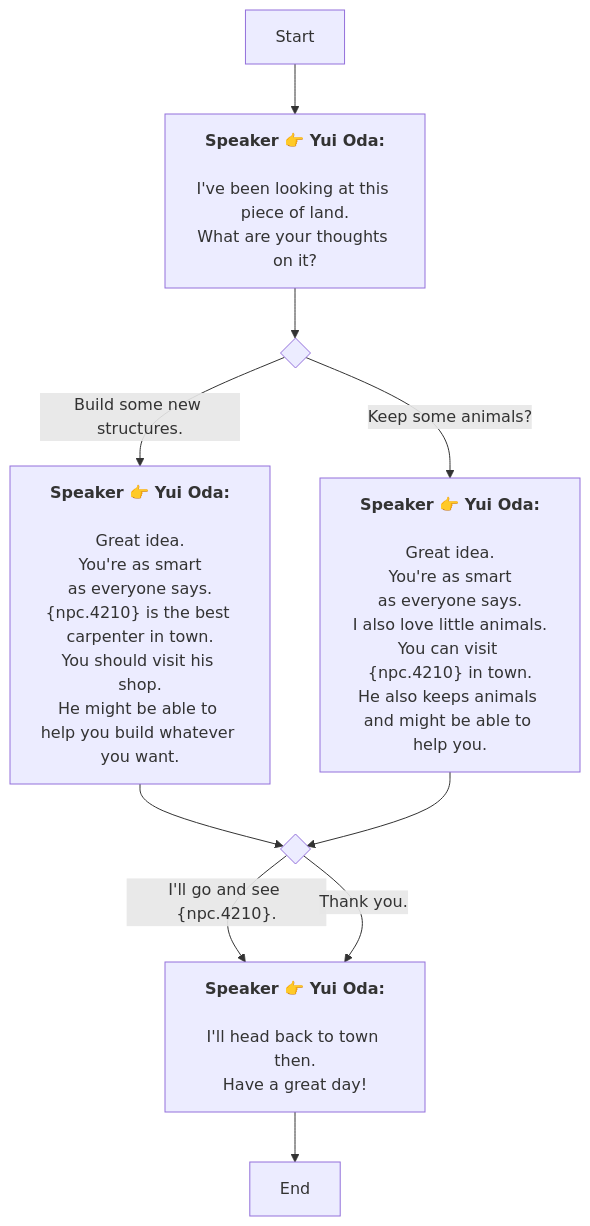
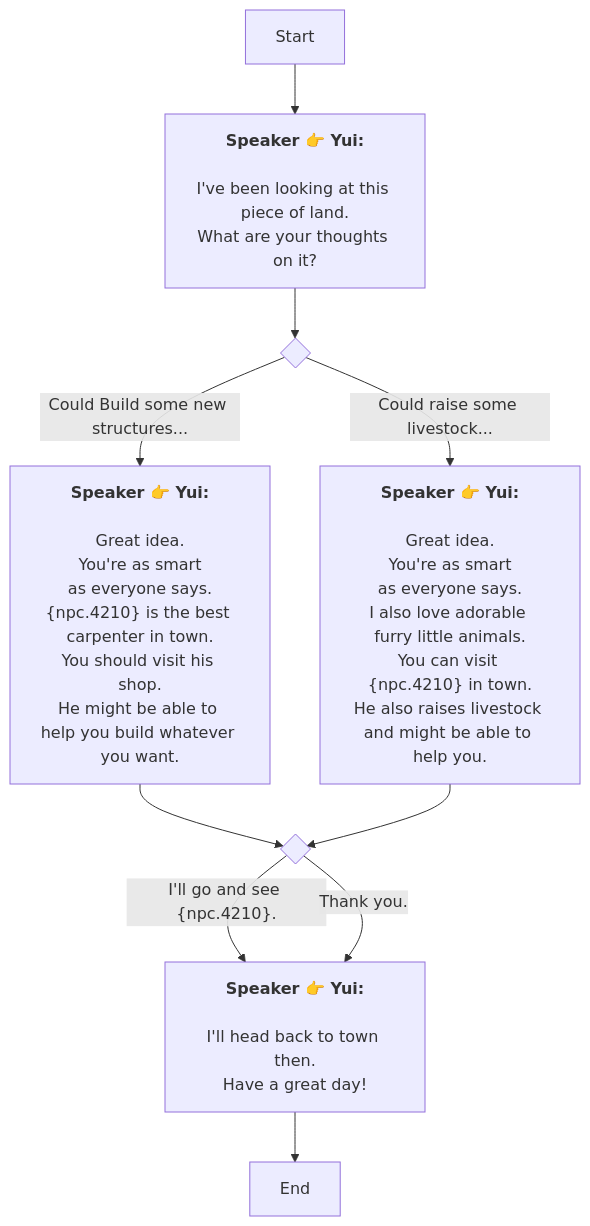
One commit to SoftHu/tos_avg changed the diagram in En/QuestStartTalkENode_1741841608642030.md. Above: the diagram before and after it, drawn with Mermaid. The commit also changed 297 other files, not shown here.

````diff
--- a/En/QuestStartTalkENode_1741841608642030.md
+++ b/En/QuestStartTalkENode_1741841608642030.md
@@ -1,36 +1,36 @@
 ```mermaid
 graph
-Start -->1741841646748178[<b>Speaker 👉 Yui Oda:</b>
+Start -->1741841646748178[<b>Speaker 👉 Yui:</b>
 
 I've been looking at this piece of land.
 What are your thoughts on it?]
 1741841646748178 -->1741841646748181{ }
-1741841646748181 -->|Build some new structures.|1741841646749206[<b>Speaker 👉 Yui Oda:</b>
+1741841646748181 -->|Could Build some new structures...|1741841646749206[<b>Speaker 👉 Yui:</b>
 
 Great idea.
 You're as smart
 as everyone says.
 &lbrace;npc.4210&rbrace; is the best carpenter in town.
 You should visit his shop.
 He might be able to help you build whatever you want.]
-1741841646748181 -->|Keep some animals?|1741841646749209[<b>Speaker 👉 Yui Oda:</b>
+1741841646748181 -->|Could raise some livestock...|1741841646749209[<b>Speaker 👉 Yui:</b>
 
 Great idea.
 You're as smart
 as everyone says.
-I also love little animals.
+I also love adorable furry little animals.
 You can visit &lbrace;npc.4210&rbrace; in town.
-He also keeps animals and might be able to help you.]
+He also raises livestock and might be able to help you.]
 1741841646749206 -->1741841646749208{ }
-1741841646749208 -->|I'll go and see &lbrace;npc.4210&rbrace;.|1741841683131941[<b>Speaker 👉 Yui Oda:</b>
+1741841646749208 -->|I'll go and see &lbrace;npc.4210&rbrace;.|1741841683131941[<b>Speaker 👉 Yui:</b>
 
 I'll head back to town then.
 Have a great day!]
-1741841646749208 -->|Thank you.|1741841683131941[<b>Speaker 👉 Yui Oda:</b>
+1741841646749208 -->|Thank you.|1741841683131941[<b>Speaker 👉 Yui:</b>
 
 I'll head back to town then.
 Have a great day!]
 1741841683131941 -->1741841662675490[End]
 1741841646749209 -->1741841646749208{ }
 
  ```
````
